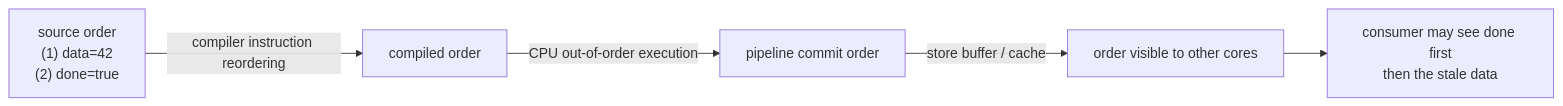
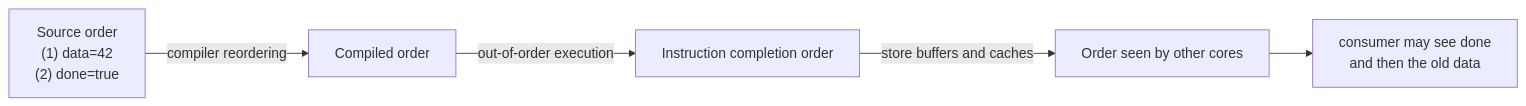
One commit to golang-design/under-the-hood changed the first of 4 diagrams in book/en-us/part3concurrency/ch11sync/mem.md. Above: the diagram before and after it, drawn with Mermaid. The commit also changed other lines of this file and 30 other files, not shown here.

````diff
--- a/book/en-us/part3concurrency/ch11sync/mem.md
+++ b/book/en-us/part3concurrency/ch11sync/mem.md
@@ -79,7 +63,7 @@
 ```mermaid
 flowchart LR
-    SRC["source order<br/>(1) data=42<br/>(2) done=true"] -->|"compiler instruction reordering"| C["compiled order"]
-    C -->|"CPU out-of-order execution"| P["pipeline commit order"]
-    P -->|"store buffer / cache"| M["order visible to other cores"]
-    M --> OBS["consumer may see done first<br/>then the stale data"]
+    SRC["Source order<br/>(1) data=42<br/>(2) done=true"] -->|"compiler reordering"| C["Compiled order"]
+    C -->|"out-of-order execution"| P["Instruction completion order"]
+    P -->|"store buffers and caches"| M["Order seen by other cores"]
+    M --> OBS["consumer may see done<br/>and then the old data"]
 ```
````
